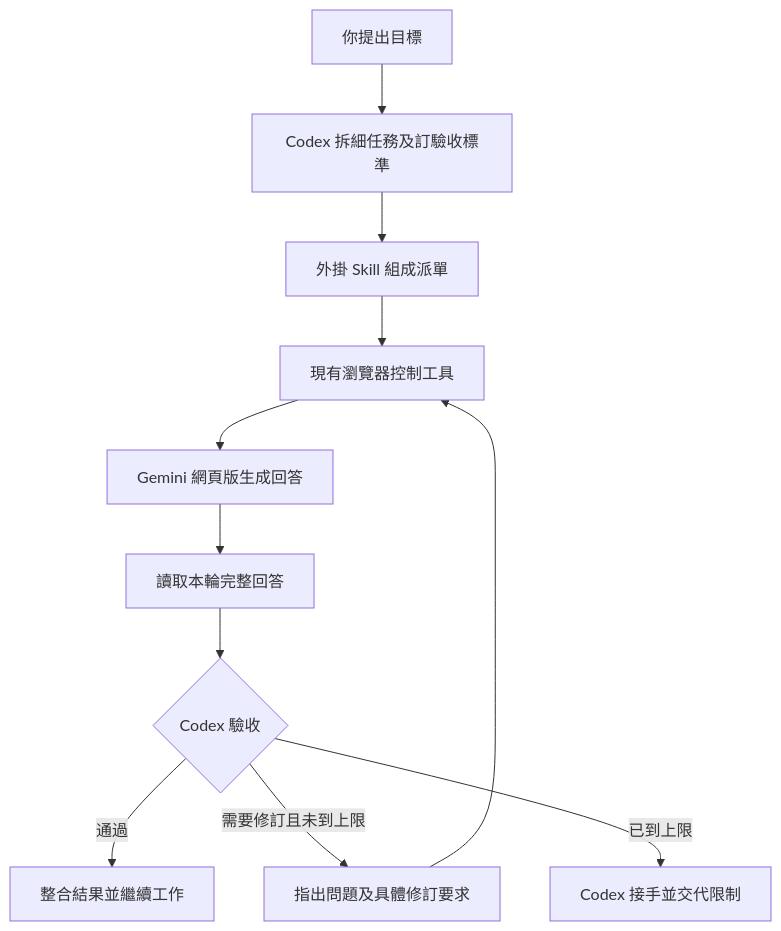
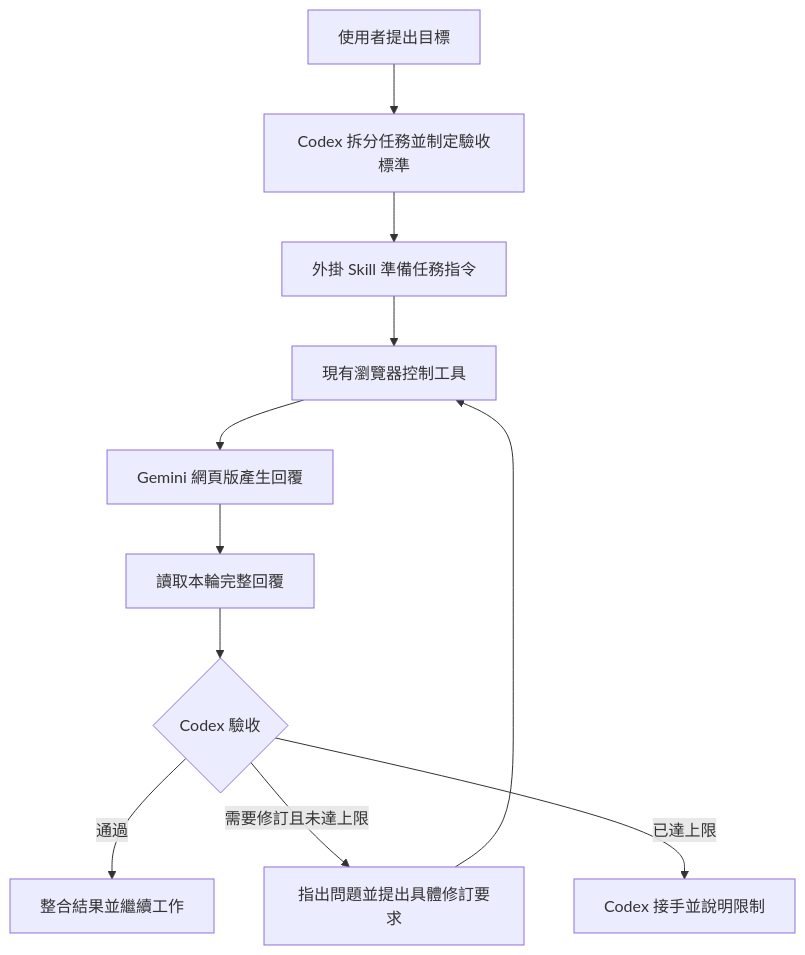
The diagram in README.zh-TW.md (kenktchau-cmyk/gemini-web-worker), drawn with Mermaid before and after one commit. The commit also changed other lines of this file, not shown here.

````diff
--- a/README.zh-TW.md
+++ b/README.zh-TW.md
@@ -9,13 +9,13 @@
 ```mermaid
 flowchart TD
-    U[你提出目標] --> C[Codex 拆細任務及訂驗收標準]
-    C --> S[外掛 Skill 組成派單]
+    U[使用者提出目標] --> C[Codex 拆分任務並制定驗收標準]
+    C --> S[外掛 Skill 準備任務指令]
     S --> B[現有瀏覽器控制工具]
-    B --> G[Gemini 網頁版生成回答]
-    G --> R[讀取本輪完整回答]
+    B --> G[Gemini 網頁版產生回覆]
+    G --> R[讀取本輪完整回覆]
     R --> V{Codex 驗收}
     V -->|通過| I[整合結果並繼續工作]
-    V -->|需要修訂且未到上限| F[指出問題及具體修訂要求]
+    V -->|需要修訂且未達上限| F[指出問題並提出具體修訂要求]
     F --> B
-    V -->|已到上限| L[Codex 接手並交代限制]
+    V -->|已達上限| L[Codex 接手並說明限制]
 ```
````
